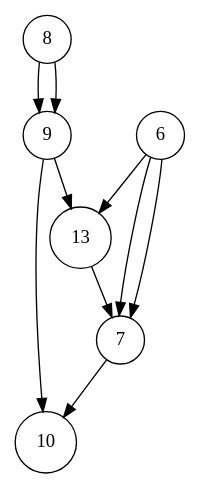
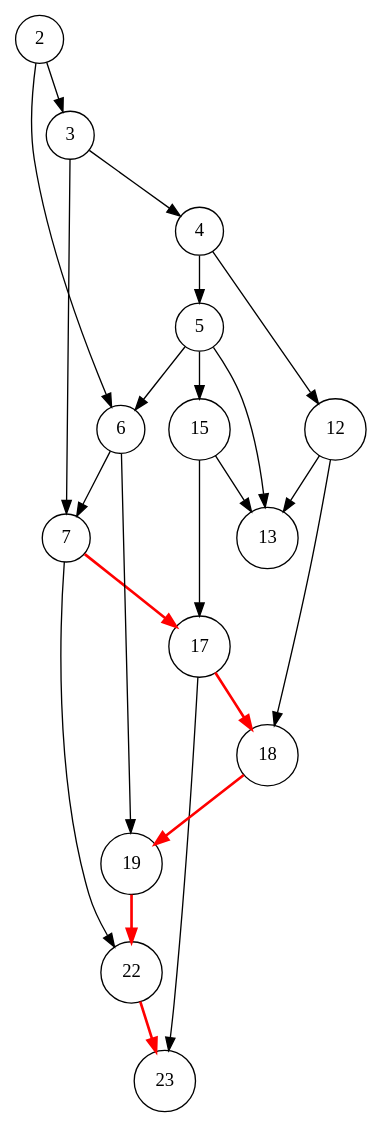
One commit to gintskk/execution-log-parser changed the diagram in execution_4.dot. Above: the diagram before and after it, drawn with Graphviz. The commit also changed 22 other files, not shown here.

```diff
--- a/execution_4.dot
+++ b/execution_4.dot
@@ -1,12 +1,26 @@
 digraph execution {
   node [shape=circle];
-  13 -> 7;
-  7 -> 10;
+  7 -> 22;
+  7 -> 17 [color=red, penwidth=2.0];
   6 -> 7;
-  6 -> 13;
-  6 -> 7;
-  9 -> 13;
-  9 -> 10;
-  8 -> 9;
-  8 -> 9;
+  6 -> 19;
+  22 -> 23 [color=red, penwidth=2.0];
+  5 -> 6;
+  5 -> 15;
+  5 -> 13;
+  4 -> 5;
+  4 -> 12;
+  3 -> 4;
+  3 -> 7;
+  19 -> 22 [color=red, penwidth=2.0];
+  2 -> 3;
+  2 -> 6;
+  12 -> 13;
+  12 -> 18;
+  18 -> 19 [color=red, penwidth=2.0];
+  17 -> 18 [color=red, penwidth=2.0];
+  17 -> 23;
+  15 -> 17;
+  15 -> 13;
+  {node [style=filled, fillcolor=lightpink] 22 23 7 17 18 19 22 }
 }
```
